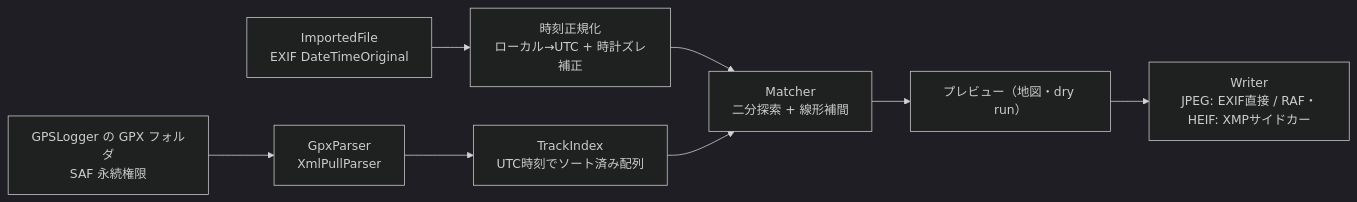
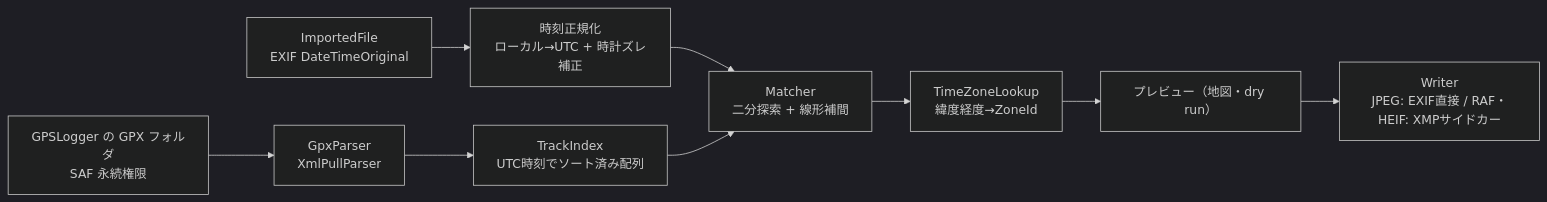
Before and after one commit to kaito-siba/fuji-ptp-organizer: the fourth of 4 diagrams in docs/design.md, drawn with Mermaid (dark theme). The commit also changed other lines of this file and 2 other files, not shown here.

````diff
--- a/docs/design.md
+++ b/docs/design.md
@@ -260,10 +260,11 @@
 ```mermaid
 flowchart LR
   GPX[GPSLogger の GPX フォルダ<br/>SAF 永続権限] --> Parse[GpxParser<br/>XmlPullParser]
   Parse --> Index[TrackIndex<br/>UTC時刻でソート済み配列]
   Photo[ImportedFile<br/>EXIF DateTimeOriginal] --> TZ[時刻正規化<br/>ローカル→UTC + 時計ズレ補正]
   TZ --> Match[Matcher<br/>二分探索 + 線形補間]
   Index --> Match
-  Match --> Review[プレビュー（地図・dry run）]
+  Match --> Zone[TimeZoneLookup<br/>緯度経度→ZoneId]
+  Zone --> Review[プレビュー（地図・dry run）]
   Review --> Write[Writer<br/>JPEG: EXIF直接 / RAF・HEIF: XMPサイドカー]
 ```
````
